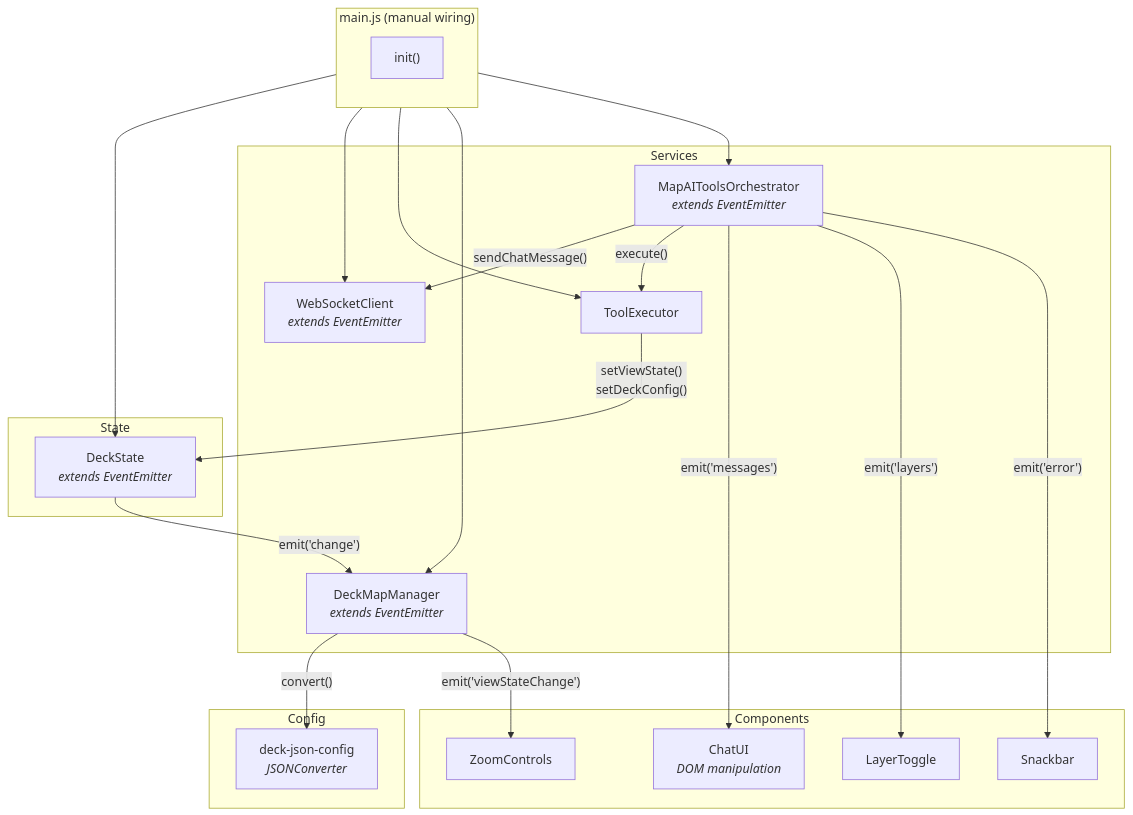
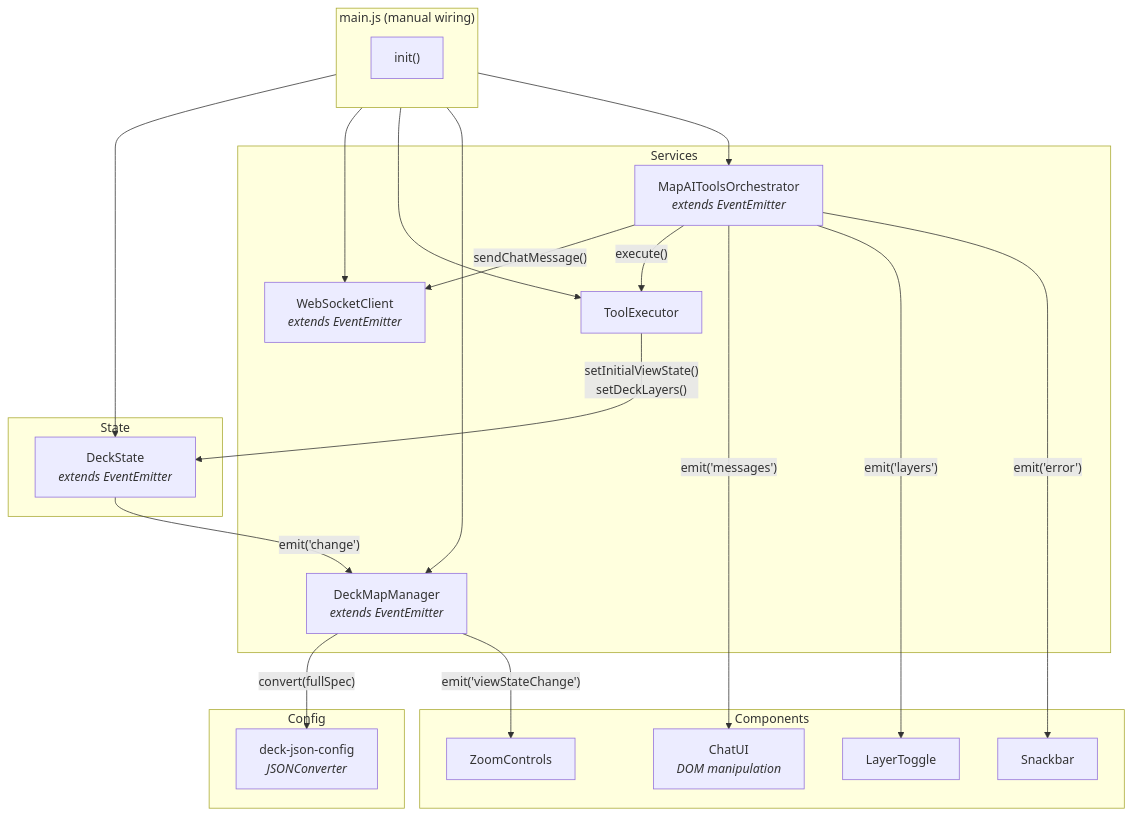
The diagram in frontend-integration/vanilla/README.md (CartoDB/carto-agentic-deckgl), drawn with Mermaid before and after one commit. The commit also changed other lines of this file and 20 other files, not shown here.

First line of the commit message:
Refactor DeckState to use unified DeckSpec structure

````diff
--- a/frontend-integration/vanilla/README.md
+++ b/frontend-integration/vanilla/README.md
@@ -127,46 +127,46 @@
 ```mermaid
 graph TB
     subgraph Bootstrap ["main.js (manual wiring)"]
         direction TB
         Init["init()"]
     end
 
     subgraph State
         DeckState["DeckState<br/><i>extends EventEmitter</i>"]
     end
 
     subgraph Services
         Orchestrator["MapAIToolsOrchestrator<br/><i>extends EventEmitter</i>"]
         WSClient["WebSocketClient<br/><i>extends EventEmitter</i>"]
         DeckMap["DeckMapManager<br/><i>extends EventEmitter</i>"]
         ToolExec["ToolExecutor"]
     end
 
     subgraph Components
         ChatUI["ChatUI<br/><i>DOM manipulation</i>"]
         LayerToggle["LayerToggle"]
         ZoomControls["ZoomControls"]
         Snackbar["Snackbar"]
     end
 
     subgraph Config
         JSONConfig["deck-json-config<br/><i>JSONConverter</i>"]
     end
 
     Init --> DeckState
     Init --> WSClient
     Init --> ToolExec
     Init --> DeckMap
     Init --> Orchestrator
 
     Orchestrator -->|"sendChatMessage()"| WSClient
     Orchestrator -->|"execute()"| ToolExec
-    ToolExec -->|"setViewState()<br/>setDeckConfig()"| DeckState
+    ToolExec -->|"setInitialViewState()<br/>setDeckLayers()"| DeckState
     DeckState -->|"emit('change')"| DeckMap
-    DeckMap -->|"convert()"| JSONConfig
+    DeckMap -->|"convert(fullSpec)"| JSONConfig
     DeckMap -->|"emit('viewStateChange')"| ZoomControls
 
     Orchestrator -->|"emit('messages')"| ChatUI
     Orchestrator -->|"emit('layers')"| LayerToggle
     Orchestrator -->|"emit('error')"| Snackbar
 ```
````
